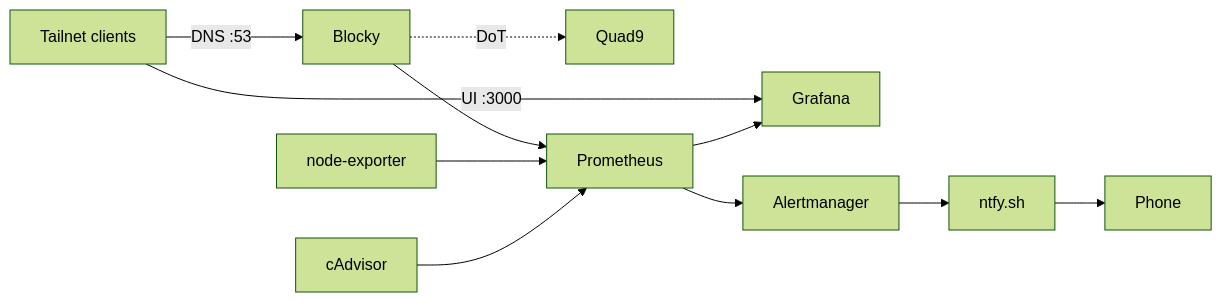
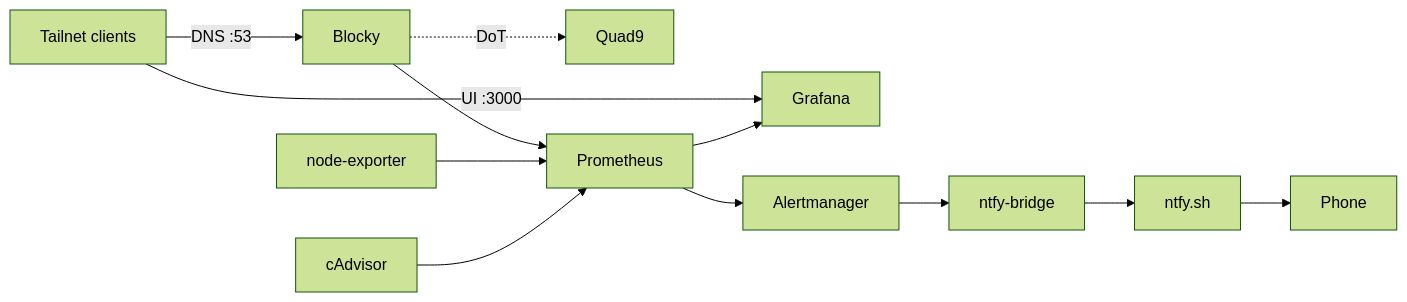
Before and after one commit to jglunn/homelab: the diagram in README.md, drawn with Mermaid (forest theme). The commit also changed other lines of this file and 3 other files, not shown here.

Commit message:
Replace ntfy URL-template entrypoint with bridge service

````diff
--- a/README.md
+++ b/README.md
@@ -7,11 +7,11 @@
 ```mermaid
 flowchart LR
     T[Tailnet clients] -->|DNS :53| B[Blocky]
     T -->|UI :3000| G[Grafana]
     B -.->|DoT| Q[Quad9]
     B --> P[Prometheus]
     N[node-exporter] --> P
     C[cAdvisor] --> P
     P --> G
-    P --> AM[Alertmanager] --> NT[ntfy.sh] --> Phone
+    P --> AM[Alertmanager] --> BR[ntfy-bridge] --> NT[ntfy.sh] --> Phone
 ```
````
